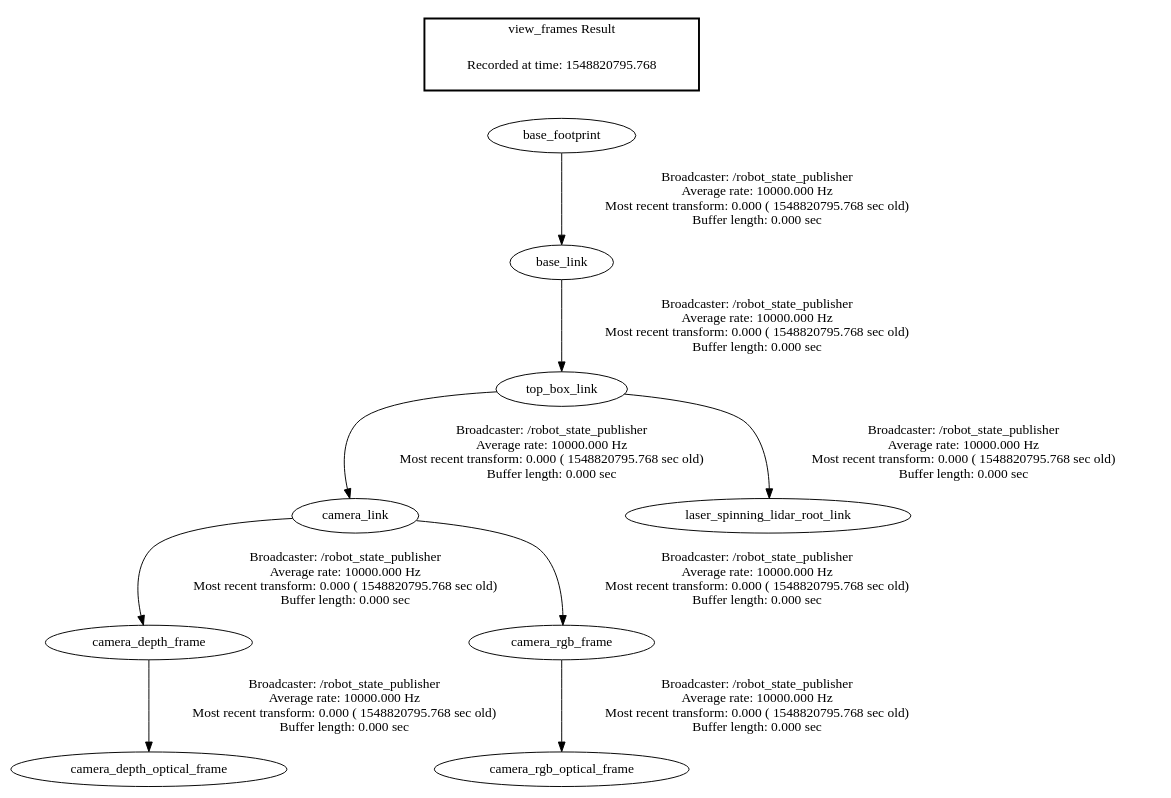
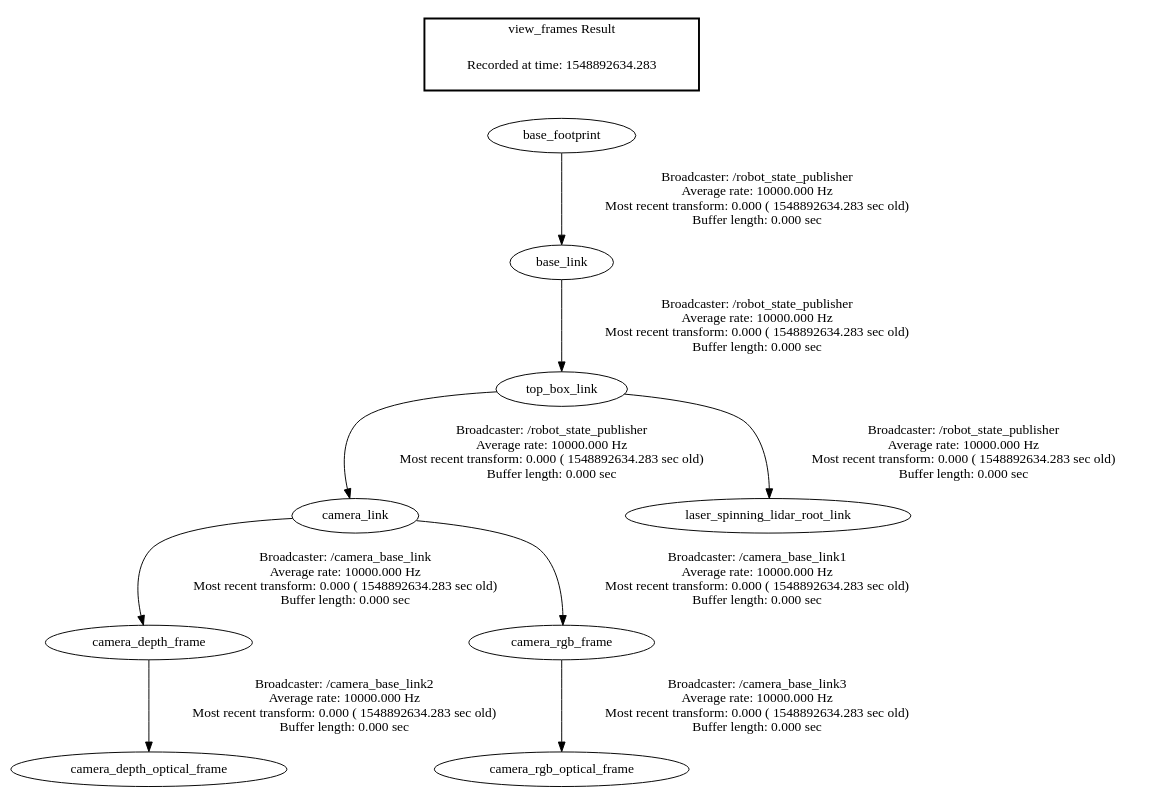
One commit to billieblaze/tankbot changed the diagram in frames.gv. Above: the diagram before and after it, drawn with Graphviz. The commit also changed 2 other files, not shown here.

```diff
--- a/frames.gv
+++ b/frames.gv
@@ -1,14 +1,14 @@
 digraph G {
-"base_footprint" -> "base_link"[label="Broadcaster: /robot_state_publisher\nAverage rate: 10000.000 Hz\nMost recent transform: 0.000 ( 1548820795.768 sec old)\nBuffer length: 0.000 sec\n"];
-"camera_link" -> "camera_depth_frame"[label="Broadcaster: /robot_state_publisher\nAverage rate: 10000.000 Hz\nMost recent transform: 0.000 ( 1548820795.768 sec old)\nBuffer length: 0.000 sec\n"];
-"top_box_link" -> "camera_link"[label="Broadcaster: /robot_state_publisher\nAverage rate: 10000.000 Hz\nMost recent transform: 0.000 ( 1548820795.768 sec old)\nBuffer length: 0.000 sec\n"];
-"camera_depth_frame" -> "camera_depth_optical_frame"[label="Broadcaster: /robot_state_publisher\nAverage rate: 10000.000 Hz\nMost recent transform: 0.000 ( 1548820795.768 sec old)\nBuffer length: 0.000 sec\n"];
-"base_link" -> "top_box_link"[label="Broadcaster: /robot_state_publisher\nAverage rate: 10000.000 Hz\nMost recent transform: 0.000 ( 1548820795.768 sec old)\nBuffer length: 0.000 sec\n"];
-"camera_link" -> "camera_rgb_frame"[label="Broadcaster: /robot_state_publisher\nAverage rate: 10000.000 Hz\nMost recent transform: 0.000 ( 1548820795.768 sec old)\nBuffer length: 0.000 sec\n"];
-"camera_rgb_frame" -> "camera_rgb_optical_frame"[label="Broadcaster: /robot_state_publisher\nAverage rate: 10000.000 Hz\nMost recent transform: 0.000 ( 1548820795.768 sec old)\nBuffer length: 0.000 sec\n"];
-"top_box_link" -> "laser_spinning_lidar_root_link"[label="Broadcaster: /robot_state_publisher\nAverage rate: 10000.000 Hz\nMost recent transform: 0.000 ( 1548820795.768 sec old)\nBuffer length: 0.000 sec\n"];
+"base_footprint" -> "base_link"[label="Broadcaster: /robot_state_publisher\nAverage rate: 10000.000 Hz\nMost recent transform: 0.000 ( 1548892634.283 sec old)\nBuffer length: 0.000 sec\n"];
+"camera_link" -> "camera_depth_frame"[label="Broadcaster: /camera_base_link\nAverage rate: 10000.000 Hz\nMost recent transform: 0.000 ( 1548892634.283 sec old)\nBuffer length: 0.000 sec\n"];
+"top_box_link" -> "camera_link"[label="Broadcaster: /robot_state_publisher\nAverage rate: 10000.000 Hz\nMost recent transform: 0.000 ( 1548892634.283 sec old)\nBuffer length: 0.000 sec\n"];
+"camera_depth_frame" -> "camera_depth_optical_frame"[label="Broadcaster: /camera_base_link2\nAverage rate: 10000.000 Hz\nMost recent transform: 0.000 ( 1548892634.283 sec old)\nBuffer length: 0.000 sec\n"];
+"base_link" -> "top_box_link"[label="Broadcaster: /robot_state_publisher\nAverage rate: 10000.000 Hz\nMost recent transform: 0.000 ( 1548892634.283 sec old)\nBuffer length: 0.000 sec\n"];
+"camera_link" -> "camera_rgb_frame"[label="Broadcaster: /camera_base_link1\nAverage rate: 10000.000 Hz\nMost recent transform: 0.000 ( 1548892634.283 sec old)\nBuffer length: 0.000 sec\n"];
+"camera_rgb_frame" -> "camera_rgb_optical_frame"[label="Broadcaster: /camera_base_link3\nAverage rate: 10000.000 Hz\nMost recent transform: 0.000 ( 1548892634.283 sec old)\nBuffer length: 0.000 sec\n"];
+"top_box_link" -> "laser_spinning_lidar_root_link"[label="Broadcaster: /robot_state_publisher\nAverage rate: 10000.000 Hz\nMost recent transform: 0.000 ( 1548892634.283 sec old)\nBuffer length: 0.000 sec\n"];
 edge [style=invis];
  subgraph cluster_legend { style=bold; color=black; label ="view_frames Result";
-"Recorded at time: 1548820795.768"[ shape=plaintext ] ;
+"Recorded at time: 1548892634.283"[ shape=plaintext ] ;
  }->"base_footprint";
 }
```
